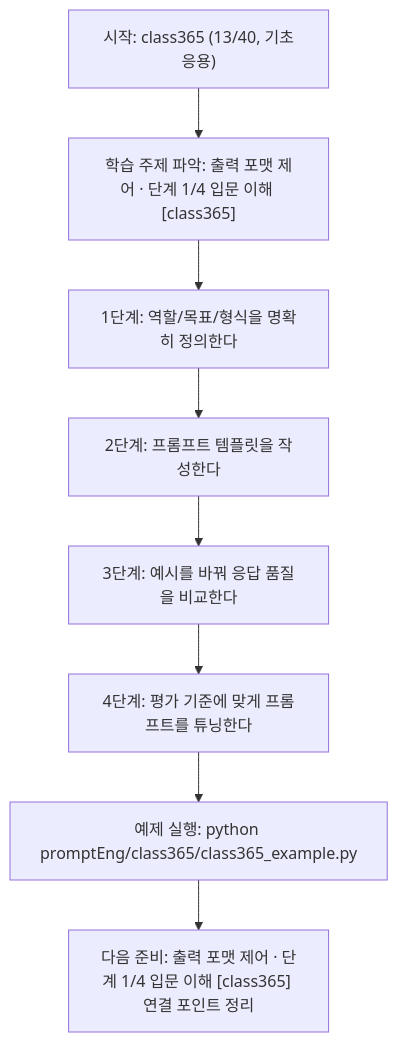
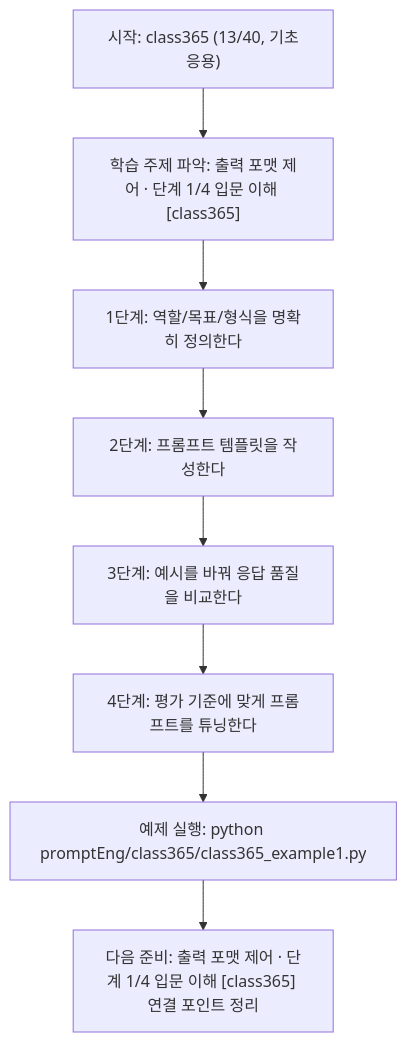
One commit to edumgt/Python-AI_Agent-Class changed the diagram in promptEng/class365/class365.md. Above: the diagram before and after it, drawn with Mermaid. The commit also changed other lines of this file and 2959 other files, not shown here.

````diff
--- a/promptEng/class365/class365.md
+++ b/promptEng/class365/class365.md
@@ -110,18 +110,18 @@
 ```mermaid
 flowchart TD
 N1["시작: class365 (13/40, 기초응용)"]
 N2["학습 주제 파악: 출력 포맷 제어 · 단계 1/4 입문 이해 [class365]"]
 N3["1단계: 역할/목표/형식을 명확히 정의한다"]
 N4["2단계: 프롬프트 템플릿을 작성한다"]
 N5["3단계: 예시를 바꿔 응답 품질을 비교한다"]
 N6["4단계: 평가 기준에 맞게 프롬프트를 튜닝한다"]
-N7["예제 실행: python promptEng/class365/class365_example.py"]
+N7["예제 실행: python promptEng/class365/class365_example1.py"]
 N8["다음 준비: 출력 포맷 제어 · 단계 1/4 입문 이해 [class365] 연결 포인트 정리"]
 N1 --> N2
 N2 --> N3
 N3 --> N4
 N4 --> N5
 N5 --> N6
 N6 --> N7
 N7 --> N8
 ```
````
